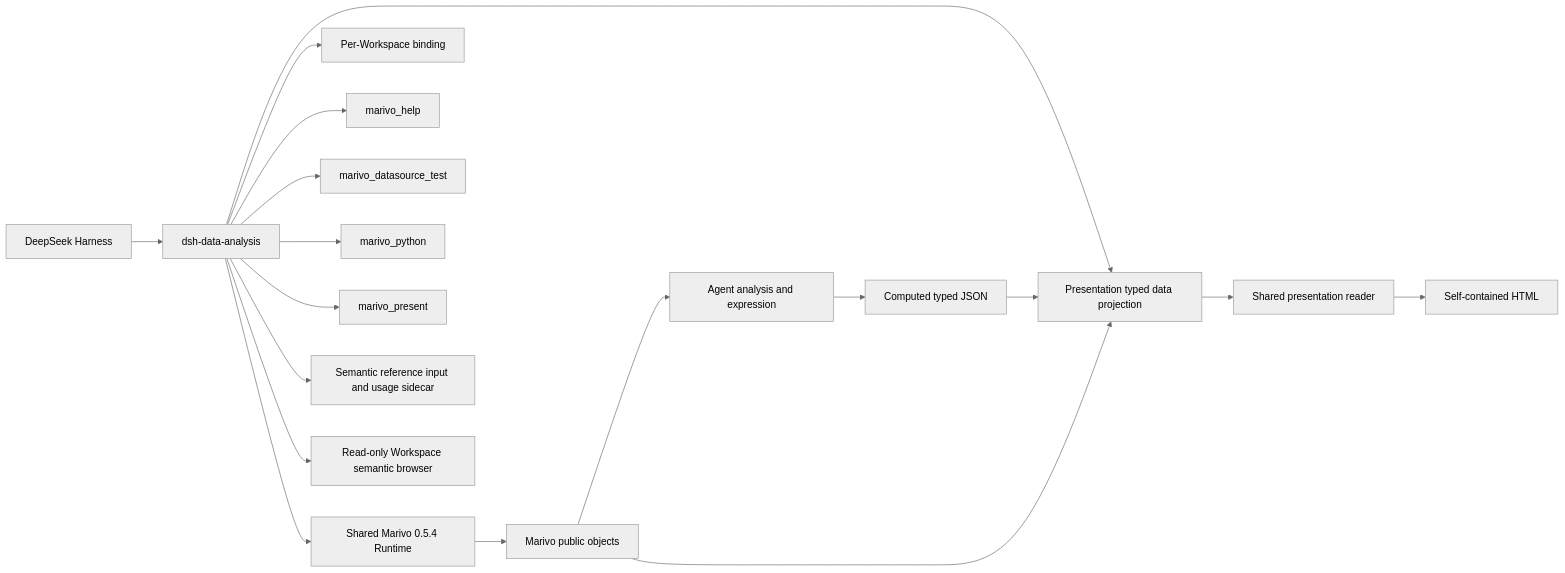
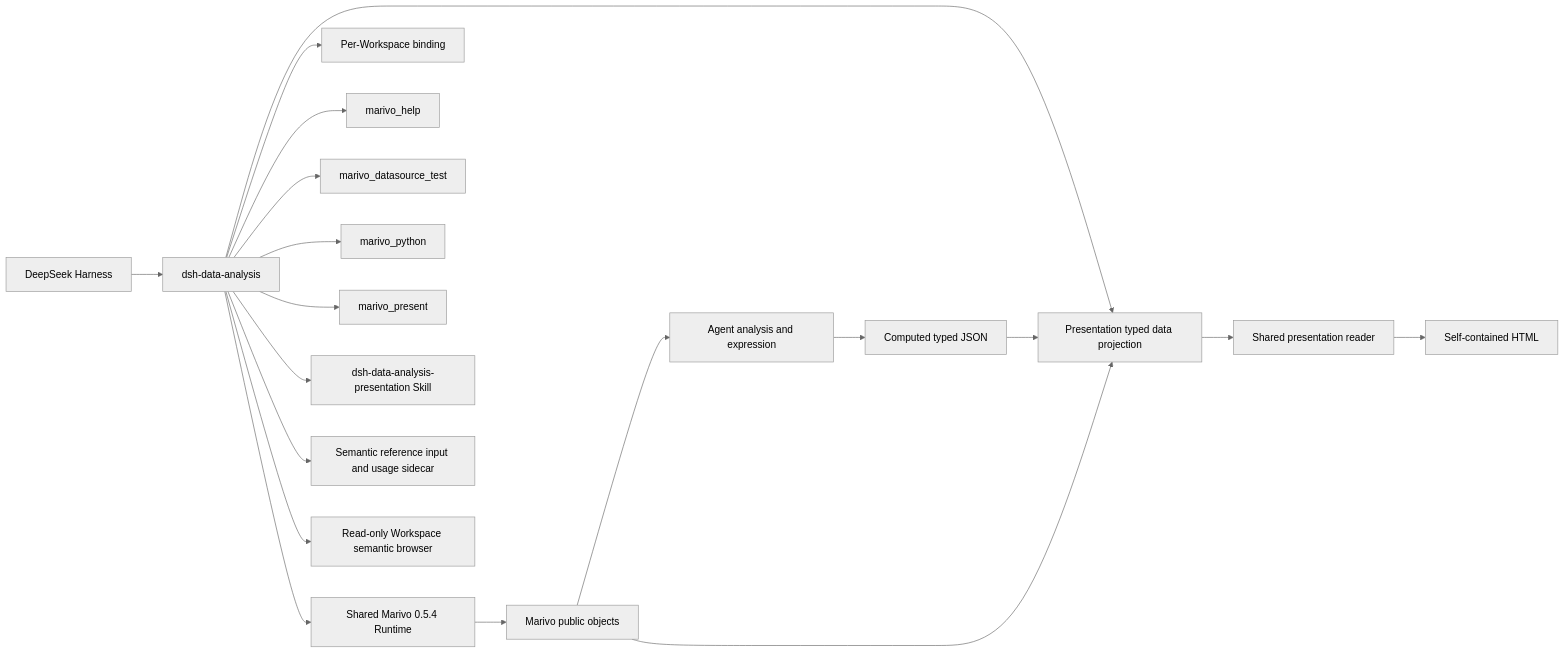
The diagram in docs/architecture.md (chengxianglibra/dsh-data-analysis), drawn with Mermaid (neutral theme) before and after one commit. The commit also changed other lines of this file and 32 other files, not shown here.

````diff
--- a/docs/architecture.md
+++ b/docs/architecture.md
@@ -15,20 +15,21 @@
 ```mermaid
 flowchart LR
   D[DeepSeek Harness] --> P[dsh-data-analysis]
   P --> R[Shared Marivo 0.5.4 Runtime]
   P --> W[Per-Workspace binding]
   P --> H[marivo_help]
   P --> T[marivo_datasource_test]
   P --> Y[marivo_python]
   P --> E[marivo_present]
+  P --> K[dsh-data-analysis-presentation Skill]
   P --> S[Semantic reference input and usage sidecar]
   P --> B[Read-only Workspace semantic browser]
   P --> J[Presentation typed data projection]
   R --> M[Marivo public objects]
   M --> A[Agent analysis and expression]
   A --> C[Computed typed JSON]
   C --> J
   M --> J
   J --> V[Shared presentation reader]
   V --> O[Self-contained HTML]
 ```
````
